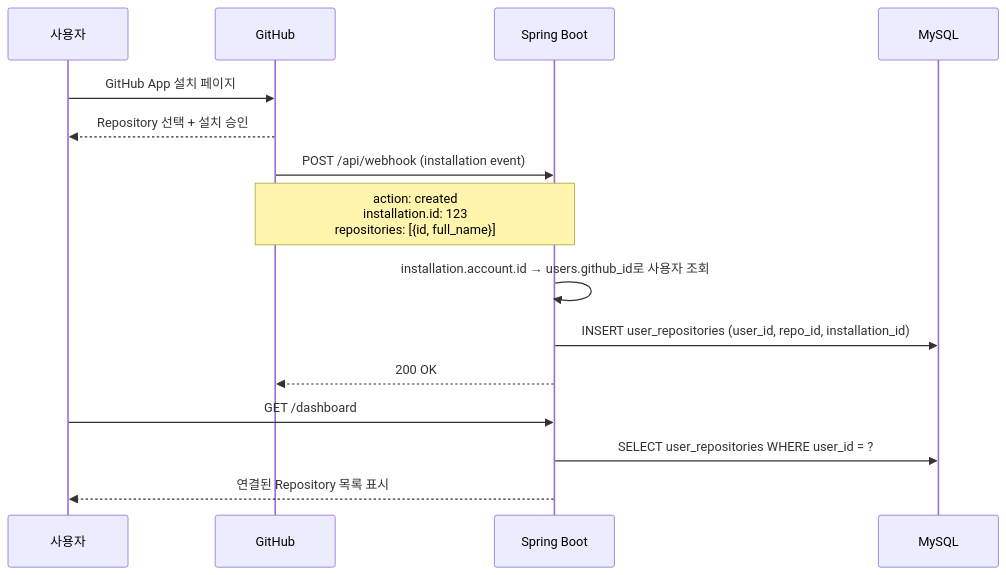
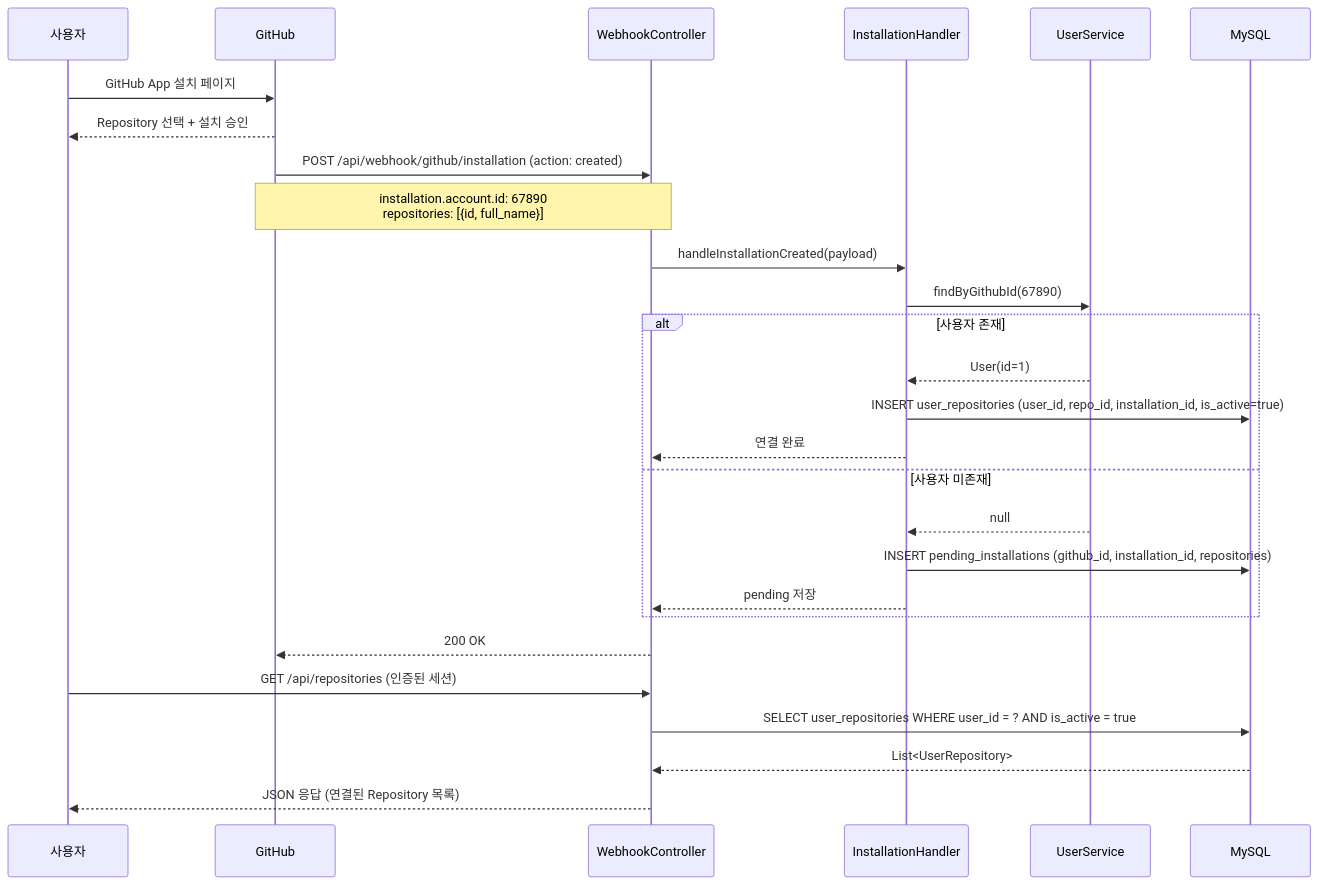
One commit to greensnapback0229/review-mate changed the first of 2 diagrams in .claude/docs/domains/saas/features/repository-management/SPEC.md. Above: the diagram before and after it, drawn with Mermaid. The commit also changed other lines of this file and 6 other files, not shown here.

````diff
--- a/.claude/docs/domains/saas/features/repository-management/SPEC.md
+++ b/.claude/docs/domains/saas/features/repository-management/SPEC.md
@@ -18,19 +10,31 @@
 ```mermaid
 sequenceDiagram
     participant User as 사용자
     participant GH as GitHub
-    participant App as Spring Boot
+    participant Webhook as WebhookController
+    participant Handler as InstallationHandler
+    participant UserSvc as UserService
     participant DB as MySQL
 
     User->>GH: GitHub App 설치 페이지
     GH-->>User: Repository 선택 + 설치 승인
-    GH->>App: POST /api/webhook (installation event)
-    Note over GH,App: action: created<br/>installation.id: 123<br/>repositories: [{id, full_name}]
-    App->>App: installation.account.id → users.github_id로 사용자 조회
-    App->>DB: INSERT user_repositories (user_id, repo_id, installation_id)
-    App-->>GH: 200 OK
+    GH->>Webhook: POST /api/webhook/github/installation (action: created)
+    Note over GH,Webhook: installation.account.id: 67890<br/>repositories: [{id, full_name}]
+    Webhook->>Handler: handleInstallationCreated(payload)
+    Handler->>UserSvc: findByGithubId(67890)
+    alt 사용자 존재
+        UserSvc-->>Handler: User(id=1)
+        Handler->>DB: INSERT user_repositories (user_id, repo_id, installation_id, is_active=true)
+        Handler-->>Webhook: 연결 완료
+    else 사용자 미존재
+        UserSvc-->>Handler: null
+        Handler->>DB: INSERT pending_installations (github_id, installation_id, repositories)
+        Handler-->>Webhook: pending 저장
+    end
+    Webhook-->>GH: 200 OK
 
-    User->>App: GET /dashboard
-    App->>DB: SELECT user_repositories WHERE user_id = ?
-    App-->>User: 연결된 Repository 목록 표시
+    User->>Webhook: GET /api/repositories (인증된 세션)
+    Webhook->>DB: SELECT user_repositories WHERE user_id = ? AND is_active = true
+    DB-->>Webhook: List<UserRepository>
+    Webhook-->>User: JSON 응답 (연결된 Repository 목록)
 ```
````
